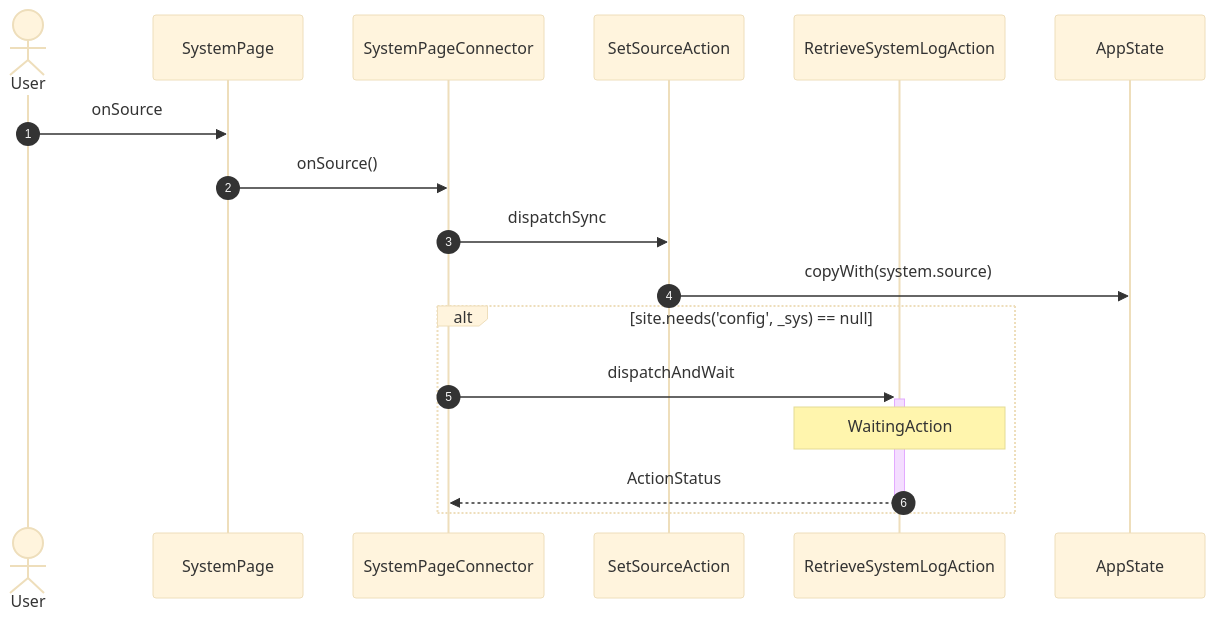
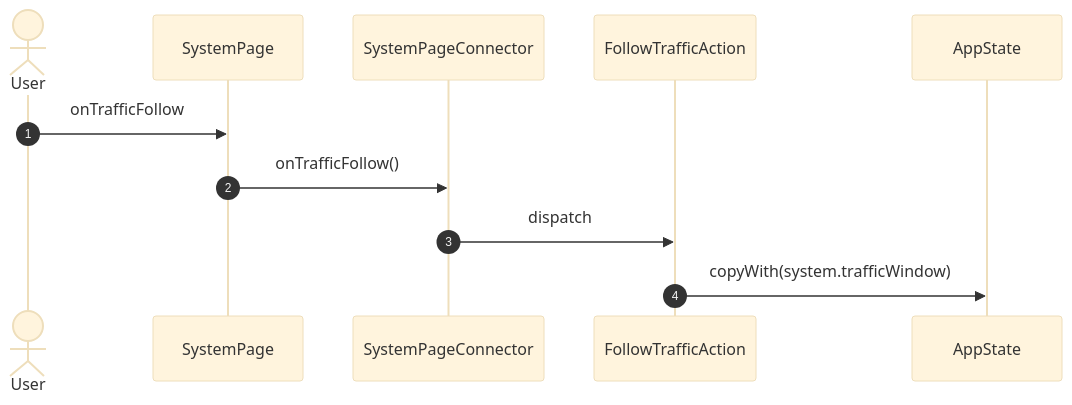
The ninth of 26 diagrams in studio/docs/flows/system.md (gencto/wyrm), drawn with Mermaid (base theme) before and after one commit. The commit also changed other lines of this file and 88 other files, not shown here.

First line of the commit message:
studio: system: typed values, words in ui, one action per intent

````diff
--- a/studio/docs/flows/system.md
+++ b/studio/docs/flows/system.md
@@ -200,20 +148,14 @@
 ```mermaid
 sequenceDiagram
     autonumber
     actor User
     participant UI as SystemPage
     participant VM as SystemPageConnector
-    participant A1 as SetSourceAction
-    participant A2 as RetrieveSystemLogAction
+    participant A1 as FollowTrafficAction
     participant ST as AppState
 
-    User->>UI: onSource
-    UI->>VM: onSource()
-    VM->>A1: dispatchSync
-    A1->>ST: copyWith(system.source)
-    alt site.needs('config', _sys) == null
-        VM->>+A2: dispatchAndWait
-        Note over A2: WaitingAction
-        A2-->>-VM: ActionStatus
-    end
+    User->>UI: onTrafficFollow
+    UI->>VM: onTrafficFollow()
+    VM->>A1: dispatch
+    A1->>ST: copyWith(system.trafficWindow)
 ```
````
